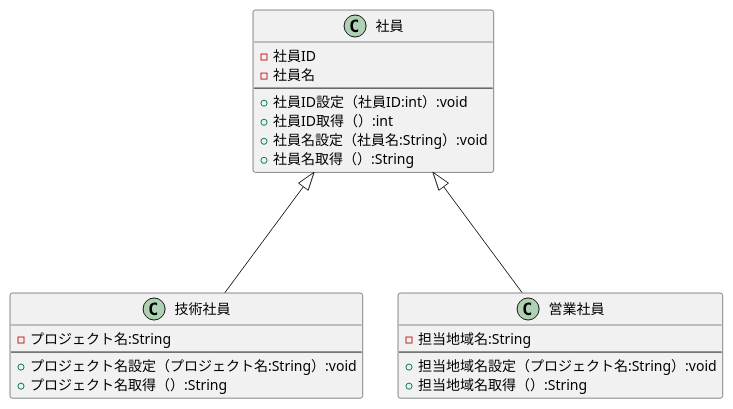
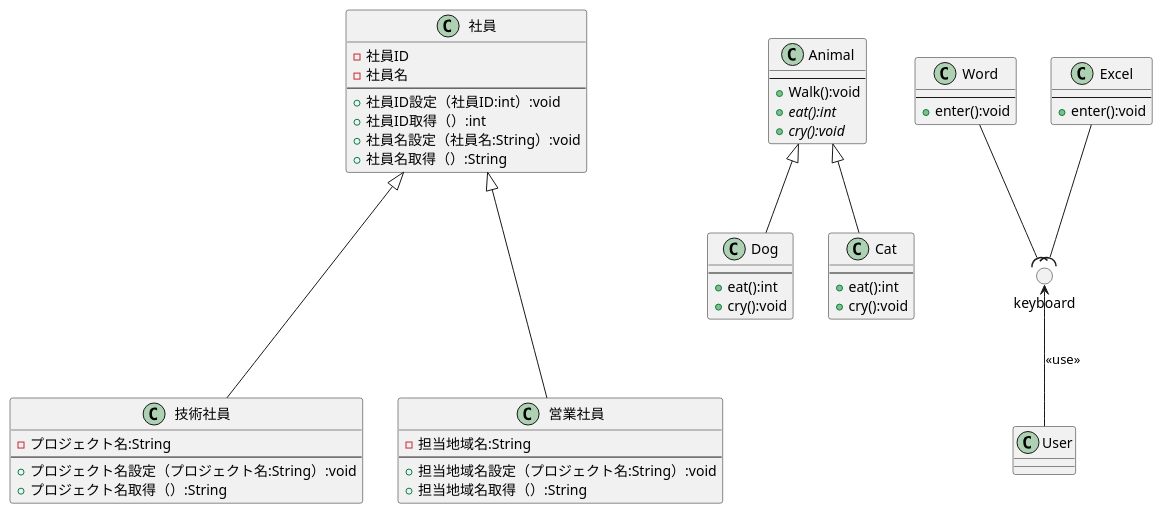
The diagram in 図3-3_継承・抽象・インターフェース.pu (yoshidasen/uml-introduction), drawn with PlantUML before and after one commit.

Commit message:
抽象・インターフェース

```diff
--- a/図3-3_継承・抽象・インターフェース.pu
+++ b/図3-3_継承・抽象・インターフェース.pu
@@ -1,26 +1,91 @@
 @startuml
+' 継承
     class 社員{
         - 社員ID
         - 社員名
         ---
         + 社員ID設定（社員ID:int）:void
         + 社員ID取得（）:int
         + 社員名設定（社員名:String）:void
         + 社員名取得（）:String
     }
     class 技術社員{
         - プロジェクト名:String
         ---
         + プロジェクト名設定（プロジェクト名:String）:void
         + プロジェクト名取得（）:String
     }
     class 営業社員{
         - 担当地域名:String
         ---
         + 担当地域名設定（プロジェクト名:String）:void
         + 担当地域名取得（）:String
     }
-    
+
     社員<|--down- 技術社員
     社員<|--down- 営業社員
+' -----------------------
+
+' 抽象
+    class Animal {
+        ---
+        + Walk():void
+        + {abstract} eat():int
+        + {abstract} cry():void
+    }
+    class Dog {
+        ---
+        + eat():int
+        + cry():void
+    }
+    class Cat {
+        ---
+        + eat():int
+        + cry():void
+    }
+
+    Animal <|-down- Dog
+    Animal <|-down- Cat
+' ---------------------
+
+' インターフェース
+    ' class Word {
+    '     ---
+    '     + enter():void
+    ' }
+    ' class Excel {
+    '     ---
+    '     + enter():void
+    ' }
+    ' interface keyboard {
+    '     ' <<interface>>
+    '     ---
+    '     + enter():void
+    ' }
+
+    ' keyboard <|.. Word
+    ' keyboard <|.. Excel
+
+    ' class User {
+
+    ' }
+    ' keyboard <-up- User:<< use >>
+' ---------------------
+' インターフェース ロリポップ
+    class Word {
+        ---
+        + enter():void
+    }
+    class Excel {
+        ---
+        + enter():void
+    }
+    circle "keyboard" as I1
+    Word --( I1
+    Excel --( I1
+    class User {
+
+    }
+    I1 <-- User:<< use >>
+' ---------------------
 @enduml
```
